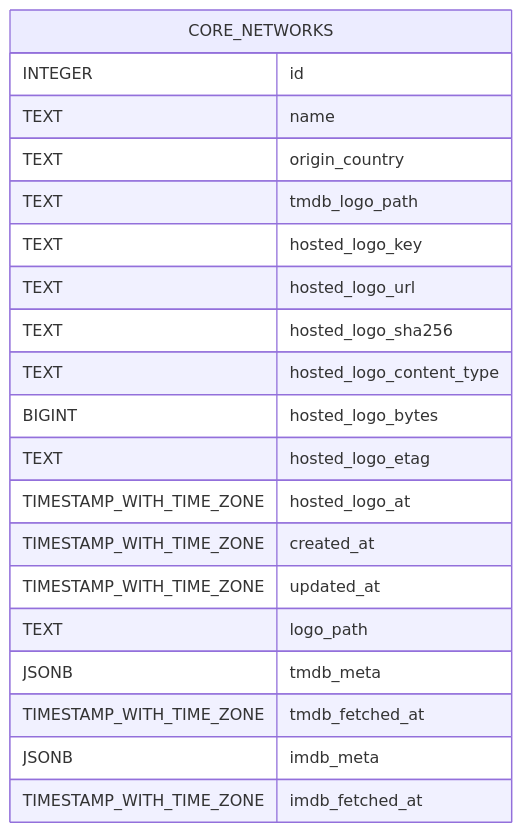
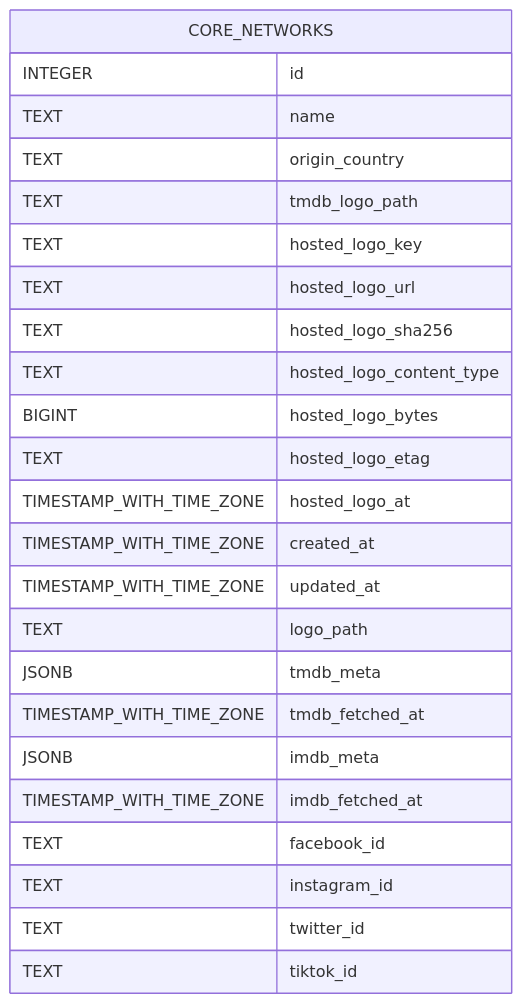
One commit to therealityreport/trr-backend changed the diagram in supabase/schema_docs/diagrams/core.networks.mermaid.md. Above: the diagram before and after it, drawn with Mermaid. The commit also changed 30 other files, not shown here.

Commit message:
docs(schema): refresh generated schema docs

````diff
--- a/supabase/schema_docs/diagrams/core.networks.mermaid.md
+++ b/supabase/schema_docs/diagrams/core.networks.mermaid.md
@@ -4,23 +4,27 @@
 ```mermaid
 erDiagram
     CORE_NETWORKS {
         INTEGER id
         TEXT name
         TEXT origin_country
         TEXT tmdb_logo_path
         TEXT hosted_logo_key
         TEXT hosted_logo_url
         TEXT hosted_logo_sha256
         TEXT hosted_logo_content_type
         BIGINT hosted_logo_bytes
         TEXT hosted_logo_etag
         TIMESTAMP_WITH_TIME_ZONE hosted_logo_at
         TIMESTAMP_WITH_TIME_ZONE created_at
         TIMESTAMP_WITH_TIME_ZONE updated_at
         TEXT logo_path
         JSONB tmdb_meta
         TIMESTAMP_WITH_TIME_ZONE tmdb_fetched_at
         JSONB imdb_meta
         TIMESTAMP_WITH_TIME_ZONE imdb_fetched_at
+        TEXT facebook_id
+        TEXT instagram_id
+        TEXT twitter_id
+        TEXT tiktok_id
     }
 ```
````
